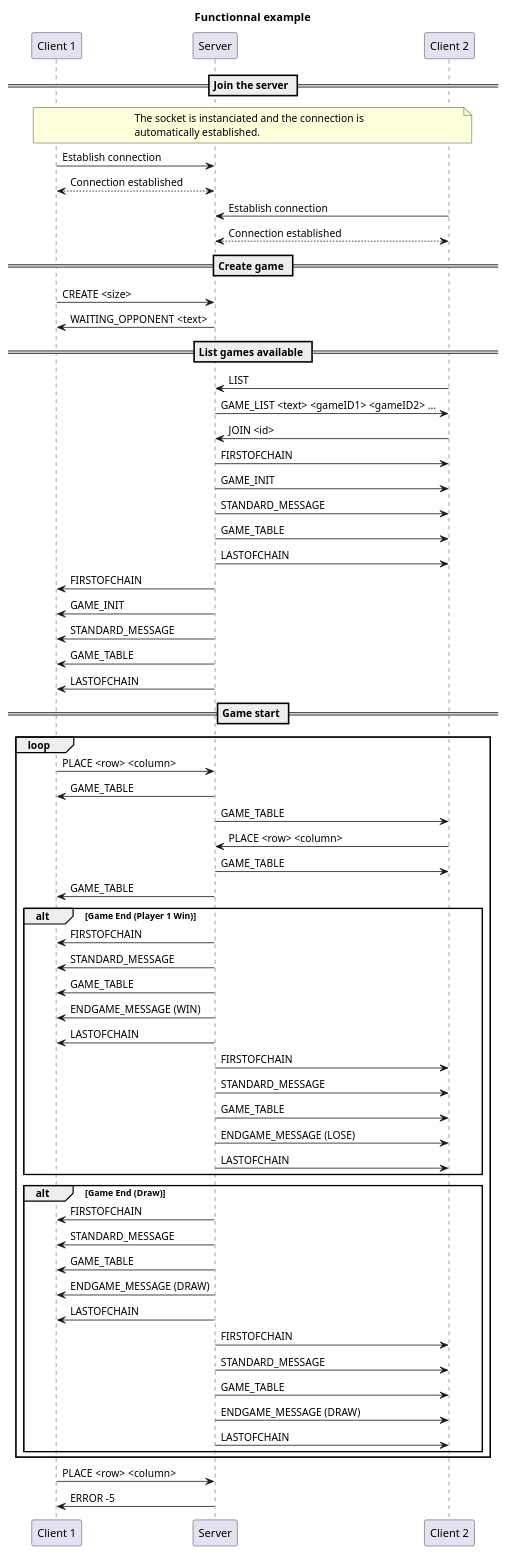
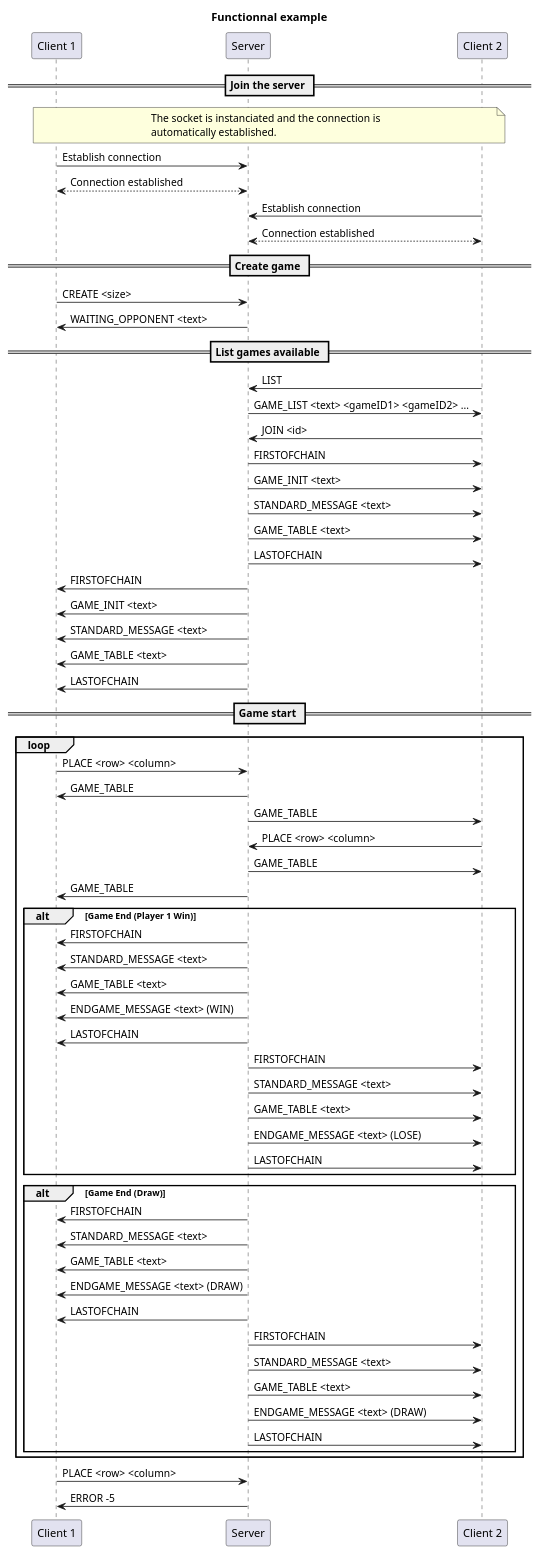
The diagram in doc/diagrams/quit_finished_game_example.puml (AlexB-HEIG/DAI-Practical-work-2), drawn with PlantUML before and after one commit. The commit also changed 13 other files, not shown here.

Commit message:
add missing arguments to diagram

```diff
--- a/doc/diagrams/quit_finished_game_example.puml
+++ b/doc/diagrams/quit_finished_game_example.puml
@@ -1,94 +1,94 @@
 @startuml
 
 title "Functionnal example"
 
 participant "Client 1" as c1
 participant "Server" as s
 participant "Client 2" as c2
 
 == Join the server ==
 
 note over c1, c2
 The socket is instanciated and the connection is
 automatically established.
 end note
 
 c1->s : Establish connection
 c1<-->s : Connection established
 
 c2->s : Establish connection
 c2<-->s : Connection established
 
 
 == Create game ==
 
 c1->s: CREATE <size>
 s->c1: WAITING_OPPONENT <text>
 
 == List games available ==
 
 c2->s: LIST
 s->c2: GAME_LIST <text> <gameID1> <gameID2> ...
 
 c2->s: JOIN <id>
 
 s->c2: FIRSTOFCHAIN
-s->c2: GAME_INIT
-s->c2: STANDARD_MESSAGE
-s->c2: GAME_TABLE
+s->c2: GAME_INIT <text>
+s->c2: STANDARD_MESSAGE <text>
+s->c2: GAME_TABLE <text>
 s->c2: LASTOFCHAIN
 
 s->c1: FIRSTOFCHAIN
-s->c1: GAME_INIT
-s->c1: STANDARD_MESSAGE
-s->c1: GAME_TABLE
+s->c1: GAME_INIT <text>
+s->c1: STANDARD_MESSAGE <text>
+s->c1: GAME_TABLE <text>
 s->c1: LASTOFCHAIN
 
 == Game start ==
 
 loop
 
 
     c1->s: PLACE <row> <column>
     s->c1: GAME_TABLE
     s->c2: GAME_TABLE
 
     c2->s: PLACE <row> <column>
     s->c2: GAME_TABLE
     s->c1: GAME_TABLE
 
     alt Game End (Player 1 Win)
-        s -> c1:FIRSTOFCHAIN
-        s -> c1:STANDARD_MESSAGE
-        s -> c1:GAME_TABLE
-        s -> c1:ENDGAME_MESSAGE (WIN)
-        s -> c1:LASTOFCHAIN
-        s -> c2:FIRSTOFCHAIN
-        s -> c2:STANDARD_MESSAGE
-        s -> c2:GAME_TABLE
-        s -> c2:ENDGAME_MESSAGE (LOSE)
-        s -> c2:LASTOFCHAIN
-    end
+            s -> c1:FIRSTOFCHAIN
+            s -> c1:STANDARD_MESSAGE <text>
+            s -> c1:GAME_TABLE <text>
+            s -> c1:ENDGAME_MESSAGE <text> (WIN)
+            s -> c1:LASTOFCHAIN
+            s -> c2:FIRSTOFCHAIN
+            s -> c2:STANDARD_MESSAGE <text>
+            s -> c2:GAME_TABLE <text>
+            s -> c2:ENDGAME_MESSAGE <text> (LOSE)
+            s -> c2:LASTOFCHAIN
+        end
 
-    alt Game End (Draw)
-        s -> c1:FIRSTOFCHAIN
-                s -> c1:STANDARD_MESSAGE
-                s -> c1:GAME_TABLE
-                s -> c1:ENDGAME_MESSAGE (DRAW)
-                s -> c1:LASTOFCHAIN
-                s -> c2:FIRSTOFCHAIN
-                s -> c2:STANDARD_MESSAGE
-                s -> c2:GAME_TABLE
-                s -> c2:ENDGAME_MESSAGE (DRAW)
-                s -> c2:LASTOFCHAIN
-    end
+        alt Game End (Draw)
+            s -> c1:FIRSTOFCHAIN
+            s -> c1:STANDARD_MESSAGE <text>
+            s -> c1:GAME_TABLE <text>
+            s -> c1:ENDGAME_MESSAGE <text> (DRAW)
+            s -> c1:LASTOFCHAIN
+            s -> c2:FIRSTOFCHAIN
+            s -> c2:STANDARD_MESSAGE <text>
+            s -> c2:GAME_TABLE <text>
+            s -> c2:ENDGAME_MESSAGE <text> (DRAW)
+            s -> c2:LASTOFCHAIN
+        end
 
 end
 
     c1->s: PLACE <row> <column>
     s->c1: ERROR -5
 
 
 
 
 @enduml
```
